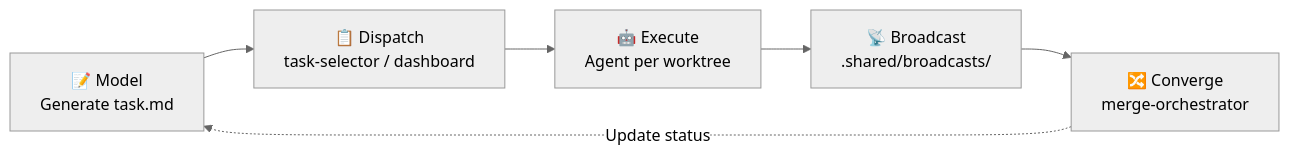
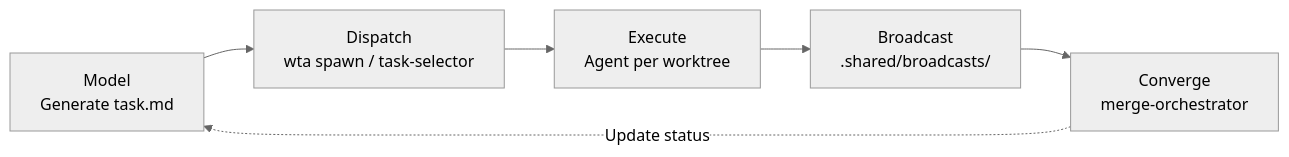
The second of 2 diagrams in README.md (KMerdan/tmux-worktree-agent), drawn with Mermaid (neutral theme) before and after one commit. The commit also changed other lines of this file and 1 other file, not shown here.

First line of the commit message:
docs: update README and CLAUDE.md to reflect current architecture

````diff
--- a/README.md
+++ b/README.md
@@ -387,8 +385,8 @@
 ```mermaid
 flowchart LR
-    A["📝 Model<br/>Generate task.md"] --> B["📋 Dispatch<br/>task-selector / dashboard"]
-    B --> C["🤖 Execute<br/>Agent per worktree"]
-    C --> D["📡 Broadcast<br/>.shared/broadcasts/"]
-    D --> E["🔀 Converge<br/>merge-orchestrator"]
+    A["Model<br/>Generate task.md"] --> B["Dispatch<br/>wta spawn / task-selector"]
+    B --> C["Execute<br/>Agent per worktree"]
+    C --> D["Broadcast<br/>.shared/broadcasts/"]
+    D --> E["Converge<br/>merge-orchestrator"]
     E -.->|"Update status"| A
 ```
````
